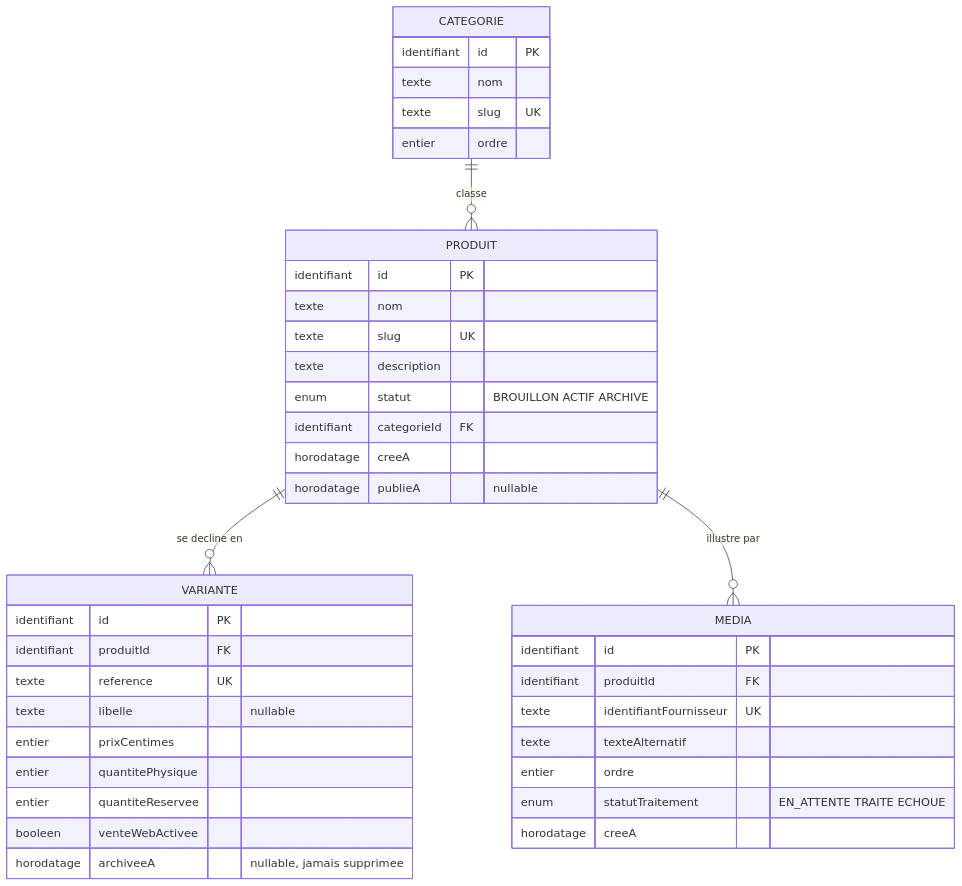
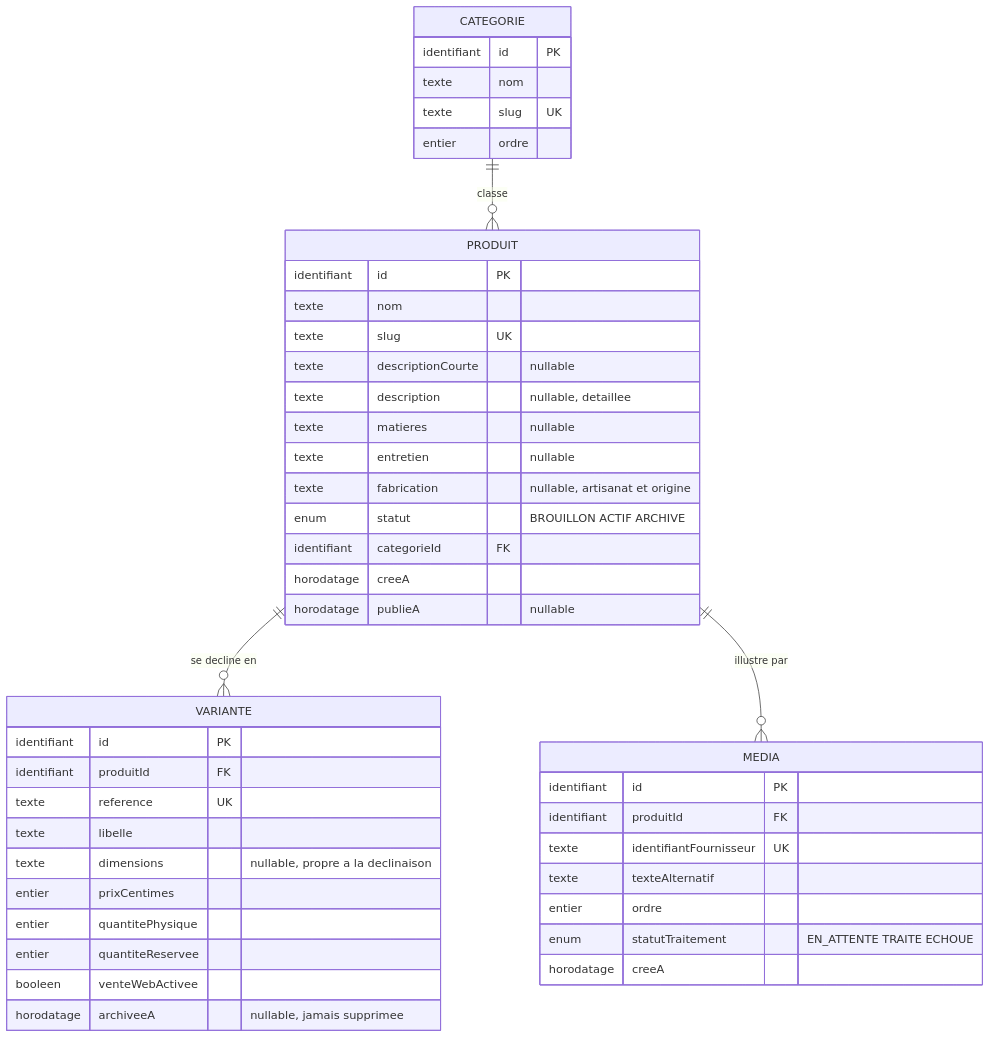
The second of 9 diagrams in docs/architecture/MODELE-CONCEPTUEL.md (krismos64/lune-soleil), drawn with Mermaid before and after one commit. The commit also changed other lines of this file and 7 other files, not shown here.

````diff
--- a/docs/architecture/MODELE-CONCEPTUEL.md
+++ b/docs/architecture/MODELE-CONCEPTUEL.md
@@ -107,43 +107,48 @@
 ```mermaid
 erDiagram
     CATEGORIE ||--o{ PRODUIT : "classe"
     PRODUIT ||--o{ VARIANTE : "se decline en"
     PRODUIT ||--o{ MEDIA : "illustre par"
 
     CATEGORIE {
         identifiant id PK
         texte nom
         texte slug UK
         entier ordre
     }
     PRODUIT {
         identifiant id PK
         texte nom
         texte slug UK
-        texte description
+        texte descriptionCourte "nullable"
+        texte description "nullable, detaillee"
+        texte matieres "nullable"
+        texte entretien "nullable"
+        texte fabrication "nullable, artisanat et origine"
         enum statut "BROUILLON ACTIF ARCHIVE"
         identifiant categorieId FK
         horodatage creeA
         horodatage publieA "nullable"
     }
     VARIANTE {
         identifiant id PK
         identifiant produitId FK
         texte reference UK
-        texte libelle "nullable"
+        texte libelle
+        texte dimensions "nullable, propre a la declinaison"
         entier prixCentimes
         entier quantitePhysique
         entier quantiteReservee
         booleen venteWebActivee
         horodatage archiveeA "nullable, jamais supprimee"
     }
     MEDIA {
         identifiant id PK
         identifiant produitId FK
         texte identifiantFournisseur UK
         texte texteAlternatif
         entier ordre
         enum statutTraitement "EN_ATTENTE TRAITE ECHOUE"
         horodatage creeA
     }
 ```
````
